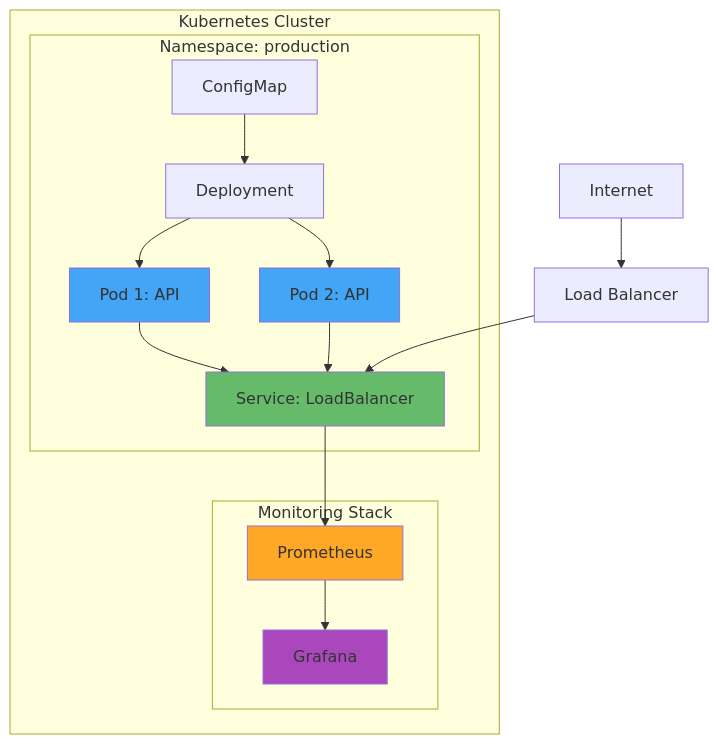
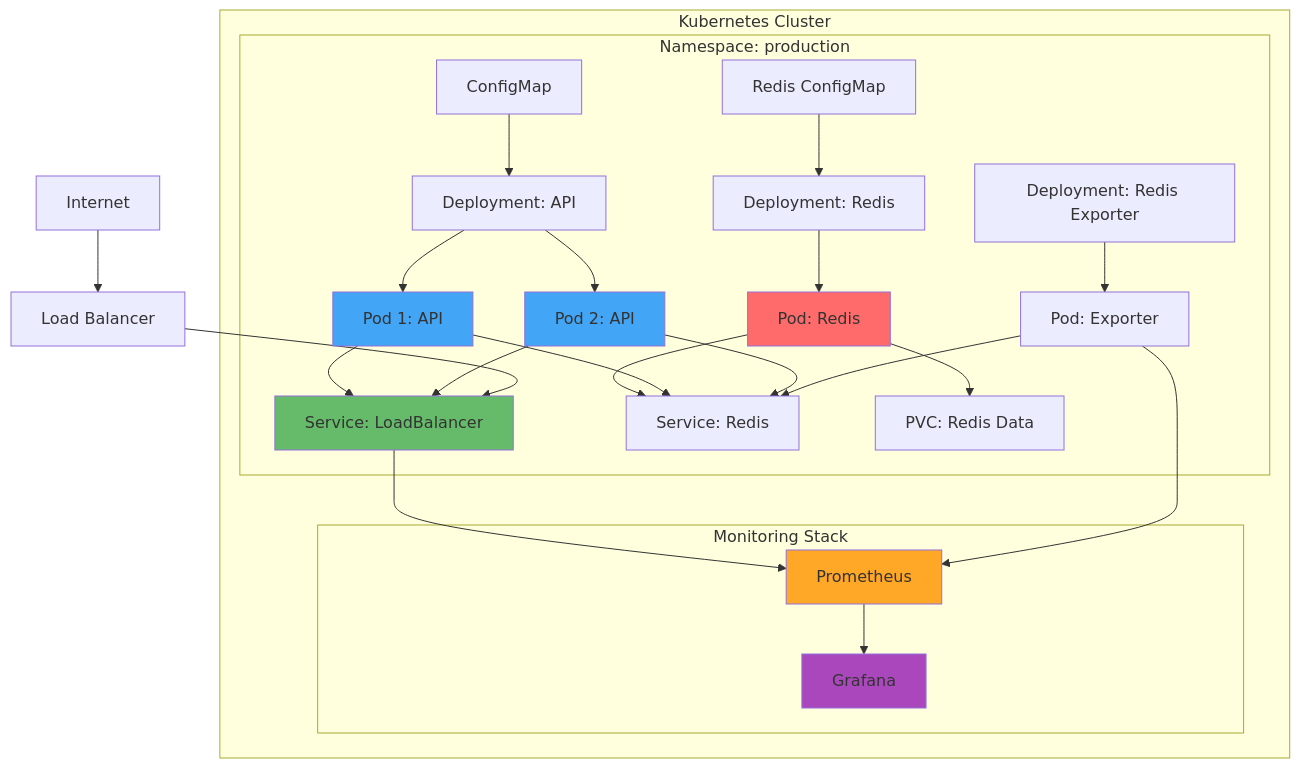
Before and after one commit to 2024ac05841-design/heart-health-classifier: the fourth of 5 diagrams in README.md, drawn with Mermaid. The commit also changed other lines of this file and 21 other files, not shown here.

````diff
--- a/README.md
+++ b/README.md
@@ -152,29 +166,42 @@
 ```mermaid
 graph TB
     subgraph "Kubernetes Cluster"
         subgraph "Namespace: production"
-            A[ConfigMap] --> B[Deployment]
+            A[ConfigMap] --> B[Deployment: API]
             B --> C[Pod 1: API]
             B --> D[Pod 2: API]
             C --> E[Service: LoadBalancer]
             D --> E
+            
+            R1[Redis ConfigMap] --> R2[Deployment: Redis]
+            R2 --> R3[Pod: Redis]
+            R3 --> R4[Service: Redis]
+            R3 --> R5[PVC: Redis Data]
+            
+            C --> R4
+            D --> R4
+            
+            RE1[Deployment: Redis Exporter] --> RE2[Pod: Exporter]
+            RE2 --> R4
         end
         
         subgraph "Monitoring Stack"
             F[Prometheus]
             G[Grafana]
         end
         
         E --> F
+        RE2 --> F
         F --> G
     end
     
     H[Internet] --> I[Load Balancer]
     I --> E
     
     style C fill:#42a5f5
     style D fill:#42a5f5
+    style R3 fill:#ff6b6b
     style E fill:#66bb6a
     style F fill:#ffa726
     style G fill:#ab47bc
 ```
````
